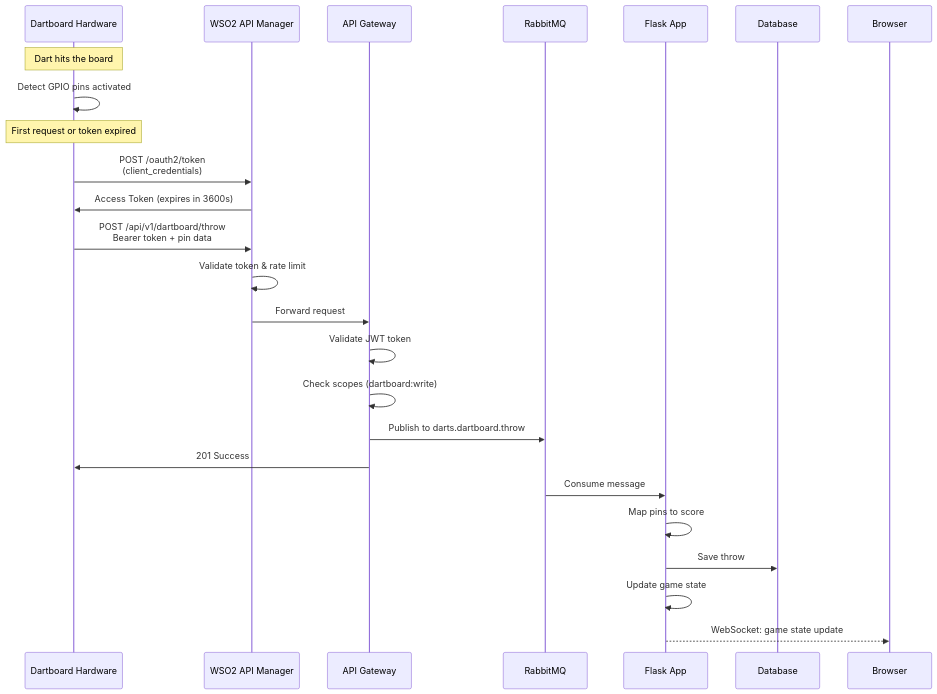
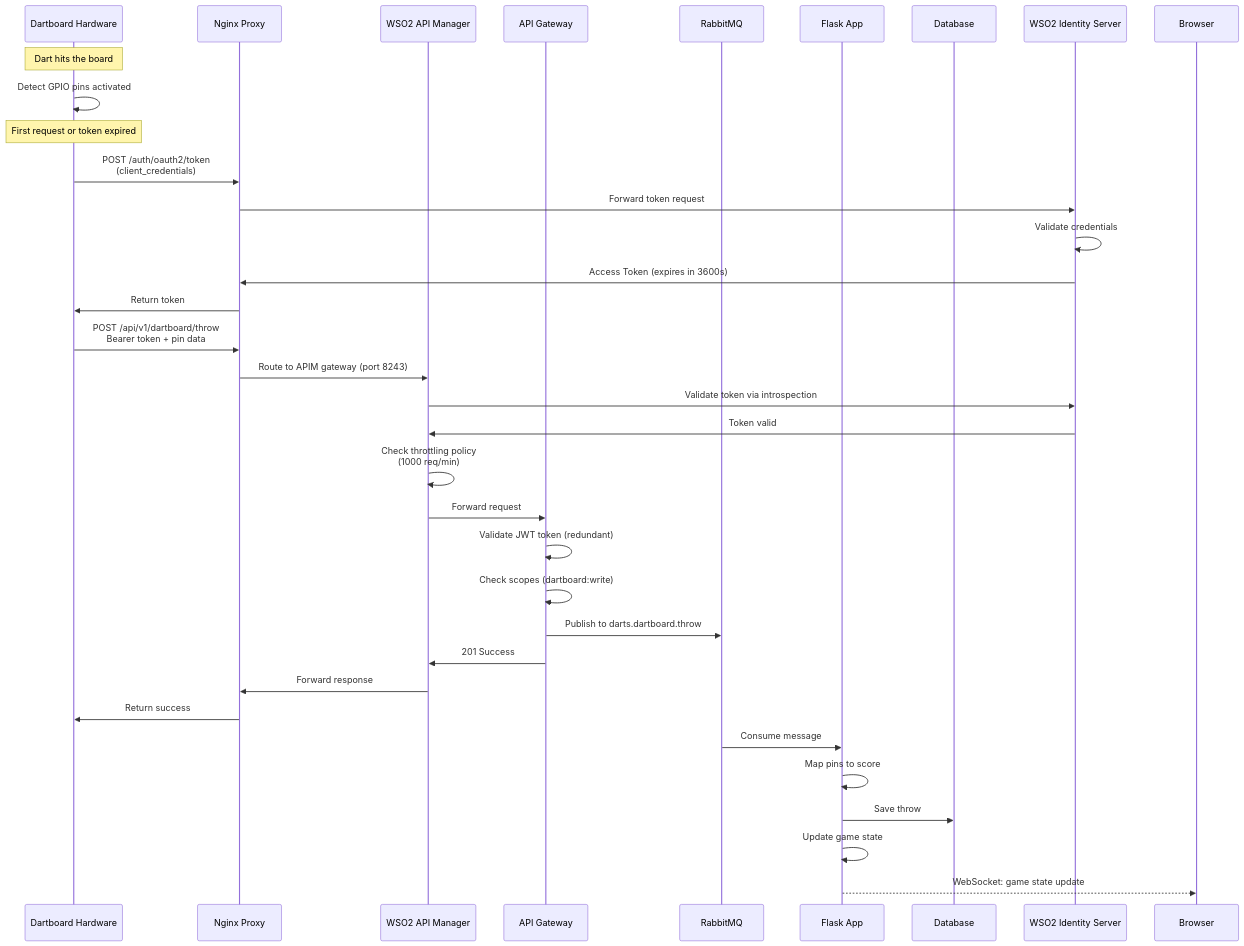
The sixth of 12 diagrams in doc/ARCHITECTURE.md (dgroen/dartserver-pythonapp), drawn with Mermaid before and after one commit. The commit also changed other lines of this file and 9 other files, not shown here.

First line of the commit message:
feat: Integrate WSO2 API Manager into request flow

````diff
--- a/doc/ARCHITECTURE.md
+++ b/doc/ARCHITECTURE.md
@@ -204,31 +217,41 @@
 ```mermaid
 sequenceDiagram
     participant Dartboard as Dartboard Hardware
+    participant Nginx as Nginx Proxy
     participant APIM as WSO2 API Manager
     participant Gateway as API Gateway
     participant RMQ as RabbitMQ
     participant Flask as Flask App
     participant DB as Database
+    participant IS as WSO2 Identity Server
 
     Note over Dartboard: Dart hits the board
     Dartboard->>Dartboard: Detect GPIO pins activated
     
     Note over Dartboard: First request or token expired
-    Dartboard->>APIM: POST /oauth2/token<br/>(client_credentials)
-    APIM->>Dartboard: Access Token (expires in 3600s)
+    Dartboard->>Nginx: POST /auth/oauth2/token<br/>(client_credentials)
+    Nginx->>IS: Forward token request
+    IS->>IS: Validate credentials
+    IS->>Nginx: Access Token (expires in 3600s)
+    Nginx->>Dartboard: Return token
     
-    Dartboard->>APIM: POST /api/v1/dartboard/throw<br/>Bearer token + pin data
-    APIM->>APIM: Validate token & rate limit
+    Dartboard->>Nginx: POST /api/v1/dartboard/throw<br/>Bearer token + pin data
+    Nginx->>APIM: Route to APIM gateway (port 8243)
+    APIM->>IS: Validate token via introspection
+    IS->>APIM: Token valid
+    APIM->>APIM: Check throttling policy<br/>(1000 req/min)
     APIM->>Gateway: Forward request
     
-    Gateway->>Gateway: Validate JWT token
+    Gateway->>Gateway: Validate JWT token (redundant)
     Gateway->>Gateway: Check scopes (dartboard:write)
     Gateway->>RMQ: Publish to darts.dartboard.throw
-    Gateway->>Dartboard: 201 Success
+    Gateway->>APIM: 201 Success
+    APIM->>Nginx: Forward response
+    Nginx->>Dartboard: Return success
     
     RMQ->>Flask: Consume message
     Flask->>Flask: Map pins to score
     Flask->>DB: Save throw
     Flask->>Flask: Update game state
     Flask-->>Browser: WebSocket: game state update
 ```
````
